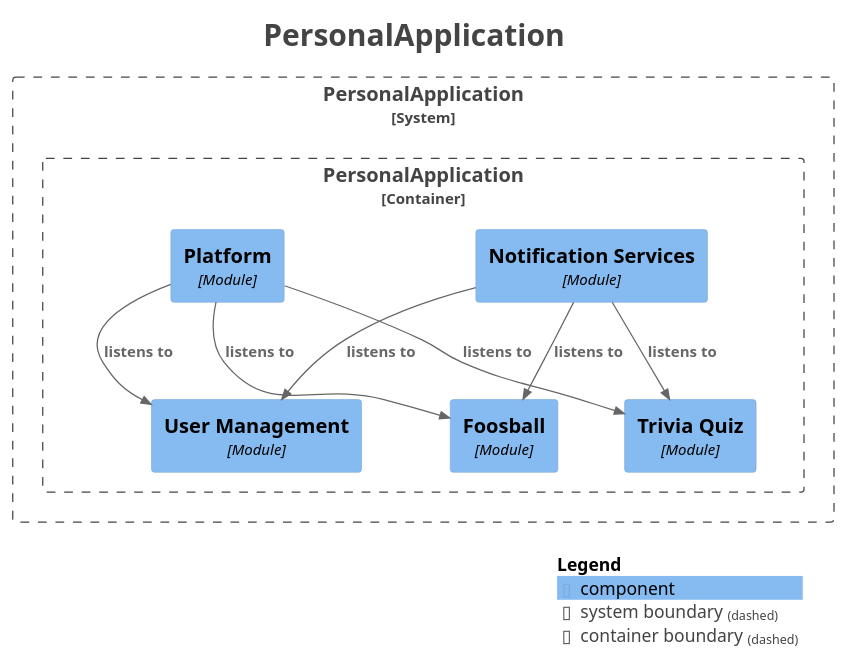
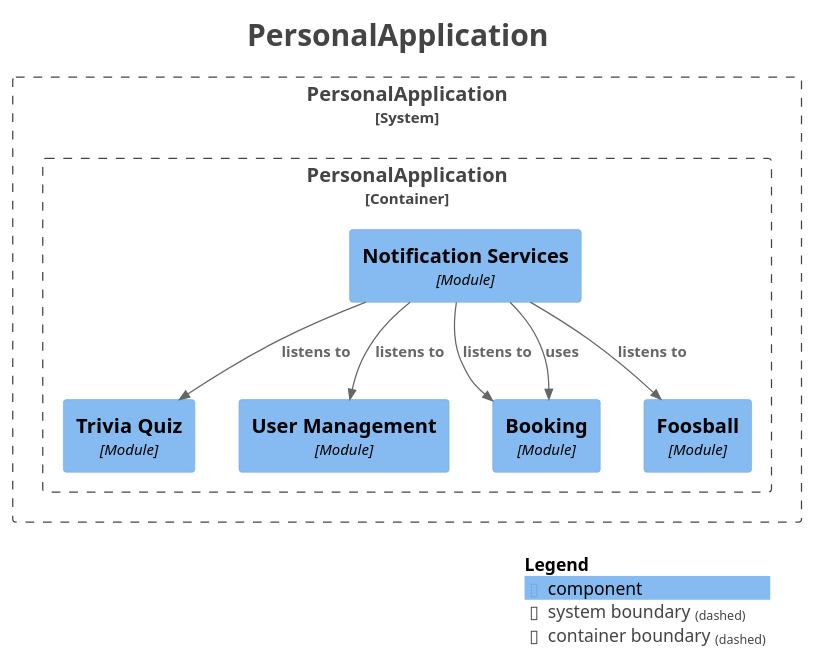
One commit to SnapPetal/PersonalWeb changed the diagram in docs/modulith/components.puml. Above: the diagram before and after it, drawn with PlantUML. The commit also changed 9 other files, not shown here.

First line of the commit message:
refactor: move CalendarService to notification module and fix timezone

```diff
--- a/docs/modulith/components.puml
+++ b/docs/modulith/components.puml
@@ -1,38 +1,37 @@
 @startuml
 title <size:24>PersonalApplication</size>
 
 set separator none
 top to bottom direction
 
 <style>
   root {
     BackgroundColor: #ffffff
     FontColor: #444444
   }
 </style>
 
 !include <C4/C4>
 !include <C4/C4_Context>
 !include <C4/C4_Component>
 
 System_Boundary("PersonalApplication_boundary", "PersonalApplication", $tags="") {
   Container_Boundary("PersonalApplication.PersonalApplication_boundary", "PersonalApplication", $tags="") {
+    Component(PersonalApplication.PersonalApplication.TriviaQuiz, "Trivia Quiz", $techn="Module", $descr="", $tags="", $link="")
     Component(PersonalApplication.PersonalApplication.UserManagement, "User Management", $techn="Module", $descr="", $tags="", $link="")
     Component(PersonalApplication.PersonalApplication.NotificationServices, "Notification Services", $techn="Module", $descr="", $tags="", $link="")
-    Component(PersonalApplication.PersonalApplication.Platform, "Platform", $techn="Module", $descr="", $tags="", $link="")
+    Component(PersonalApplication.PersonalApplication.Booking, "Booking", $techn="Module", $descr="", $tags="", $link="")
     Component(PersonalApplication.PersonalApplication.Foosball, "Foosball", $techn="Module", $descr="", $tags="", $link="")
-    Component(PersonalApplication.PersonalApplication.TriviaQuiz, "Trivia Quiz", $techn="Module", $descr="", $tags="", $link="")
   }
 
 }
 
-Rel(PersonalApplication.PersonalApplication.NotificationServices, PersonalApplication.PersonalApplication.TriviaQuiz, "listens to", $techn="", $tags="", $link="")
 Rel(PersonalApplication.PersonalApplication.NotificationServices, PersonalApplication.PersonalApplication.Foosball, "listens to", $techn="", $tags="", $link="")
 Rel(PersonalApplication.PersonalApplication.NotificationServices, PersonalApplication.PersonalApplication.UserManagement, "listens to", $techn="", $tags="", $link="")
-Rel(PersonalApplication.PersonalApplication.Platform, PersonalApplication.PersonalApplication.Foosball, "listens to", $techn="", $tags="", $link="")
-Rel(PersonalApplication.PersonalApplication.Platform, PersonalApplication.PersonalApplication.UserManagement, "listens to", $techn="", $tags="", $link="")
-Rel(PersonalApplication.PersonalApplication.Platform, PersonalApplication.PersonalApplication.TriviaQuiz, "listens to", $techn="", $tags="", $link="")
+Rel(PersonalApplication.PersonalApplication.NotificationServices, PersonalApplication.PersonalApplication.TriviaQuiz, "listens to", $techn="", $tags="", $link="")
+Rel(PersonalApplication.PersonalApplication.NotificationServices, PersonalApplication.PersonalApplication.Booking, "listens to", $techn="", $tags="", $link="")
+Rel(PersonalApplication.PersonalApplication.NotificationServices, PersonalApplication.PersonalApplication.Booking, "uses", $techn="", $tags="", $link="")
 
 SHOW_LEGEND(true)
 hide stereotypes
 @enduml
```
